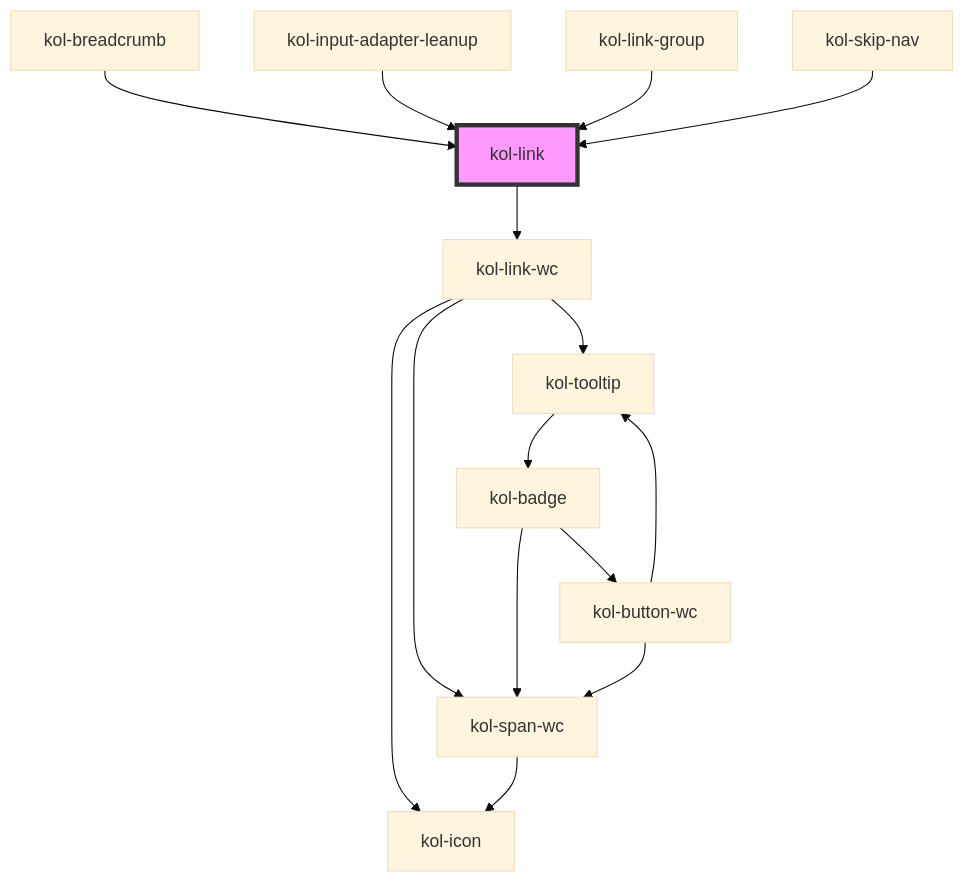
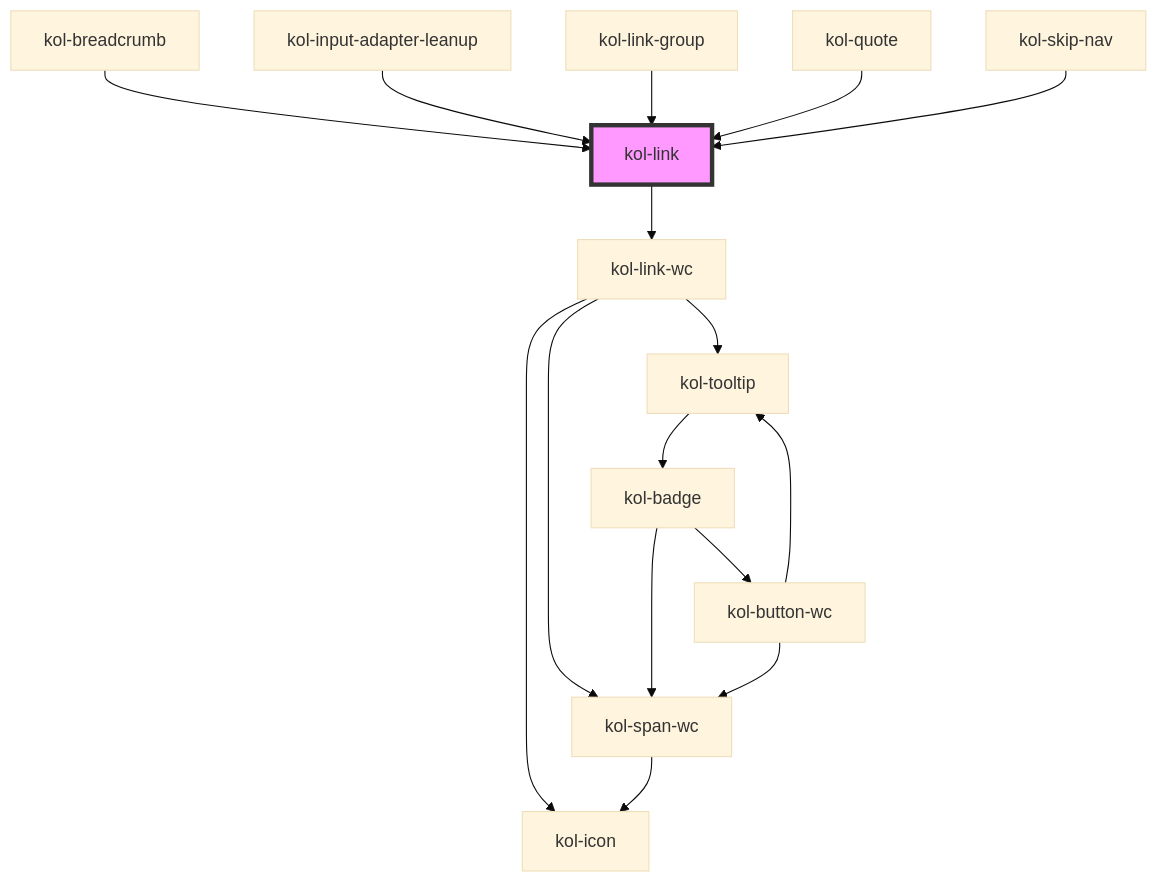
The diagram in packages/components/src/components/link/readme.md (public-ui/kolibri), drawn with Mermaid (base theme) before and after one commit. The commit also changed other lines of this file and 61 other files, not shown here.

````diff
--- a/packages/components/src/components/link/readme.md
+++ b/packages/components/src/components/link/readme.md
@@ -139,18 +140,19 @@
 ```mermaid
 graph TD;
   kol-link --> kol-link-wc
   kol-link-wc --> kol-span-wc
   kol-link-wc --> kol-icon
   kol-link-wc --> kol-tooltip
   kol-span-wc --> kol-icon
   kol-tooltip --> kol-badge
   kol-badge --> kol-span-wc
   kol-badge --> kol-button-wc
   kol-button-wc --> kol-span-wc
   kol-button-wc --> kol-tooltip
   kol-breadcrumb --> kol-link
   kol-input-adapter-leanup --> kol-link
   kol-link-group --> kol-link
+  kol-quote --> kol-link
   kol-skip-nav --> kol-link
   style kol-link fill:#f9f,stroke:#333,stroke-width:4px
 ```
````
